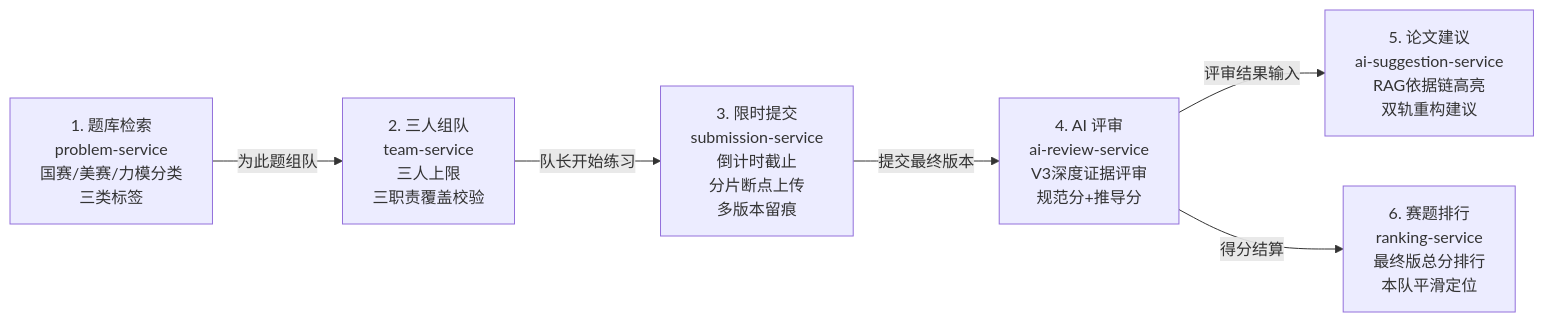
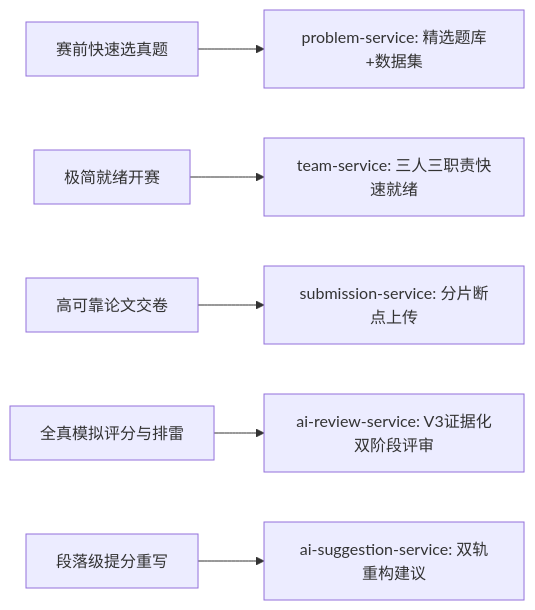
Before and after one commit to Dorian7Alden/LeetModel: the third of 3 diagrams in docs/project/04-前端设计/01-产品定位.md, drawn with Mermaid. The commit also changed other lines of this file and 1 other file, not shown here.

````diff
--- a/docs/project/04-前端设计/01-产品定位.md
+++ b/docs/project/04-前端设计/01-产品定位.md
@@ -62,8 +83,8 @@
 ```mermaid
 flowchart LR
-    P[1. 题库检索<br/>problem-service<br/>国赛/美赛/力模分类<br/>三类标签] -->|为此题组队| T[2. 三人组队<br/>team-service<br/>三人上限<br/>三职责覆盖校验]
-    T -->|队长开始练习| S[3. 限时提交<br/>submission-service<br/>倒计时截止<br/>分片断点上传<br/>多版本留痕]
-    S -->|提交最终版本| R[4. AI 评审<br/>ai-review-service<br/>V3深度证据评审<br/>规范分+推导分]
-    R -->|评审结果输入| G[5. 论文建议<br/>ai-suggestion-service<br/>RAG依据链高亮<br/>双轨重构建议]
-    R -->|得分结算| K[6. 赛题排行<br/>ranking-service<br/>最终版总分排行<br/>本队平滑定位]
+    N1[赛前快速选真题] --> P[problem-service: 精选题库+数据集]
+    N2[极简就绪开赛] --> T[team-service: 三人三职责快速就绪]
+    N3[高可靠论文交卷] --> S[submission-service: 分片断点上传]
+    N4[全真模拟评分与排雷] --> R[ai-review-service: V3证据化双阶段评审]
+    N5[段落级提分重写] --> G[ai-suggestion-service: 双轨重构建议]
 ```
````
